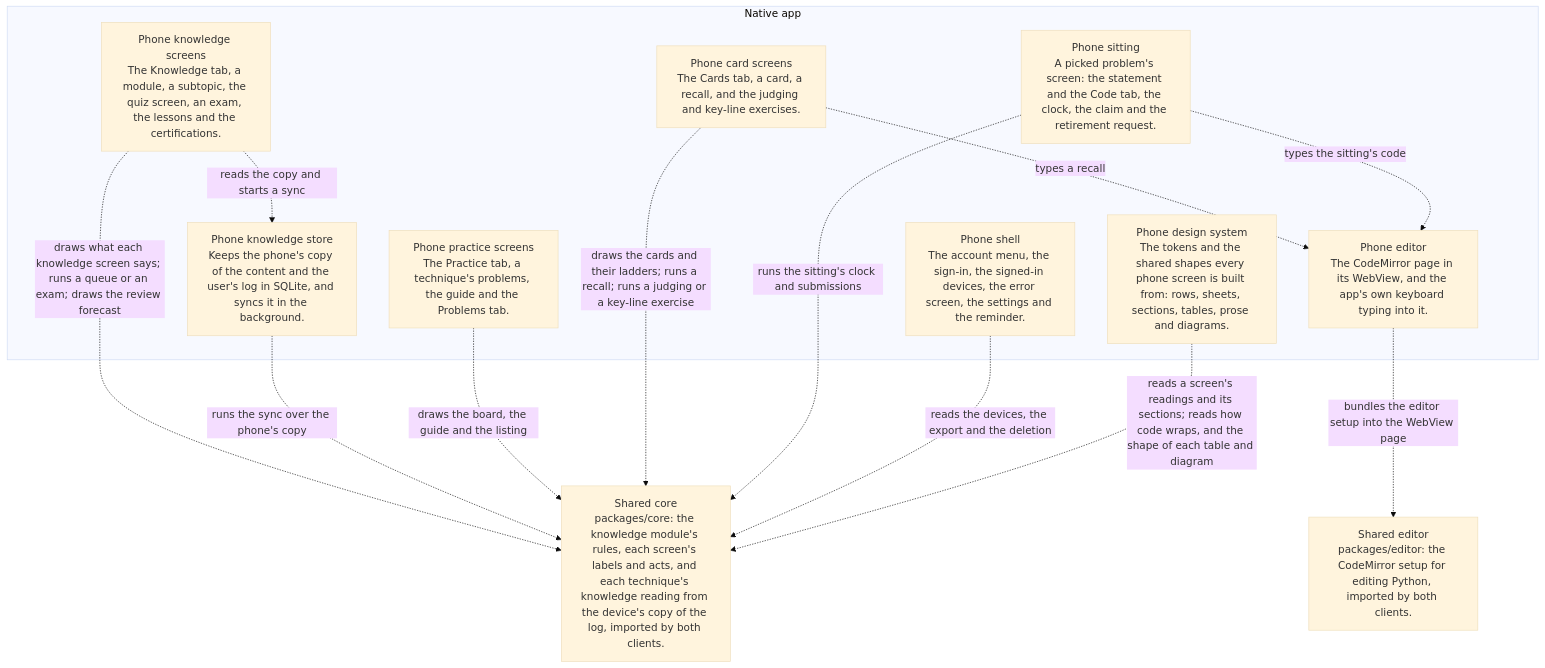
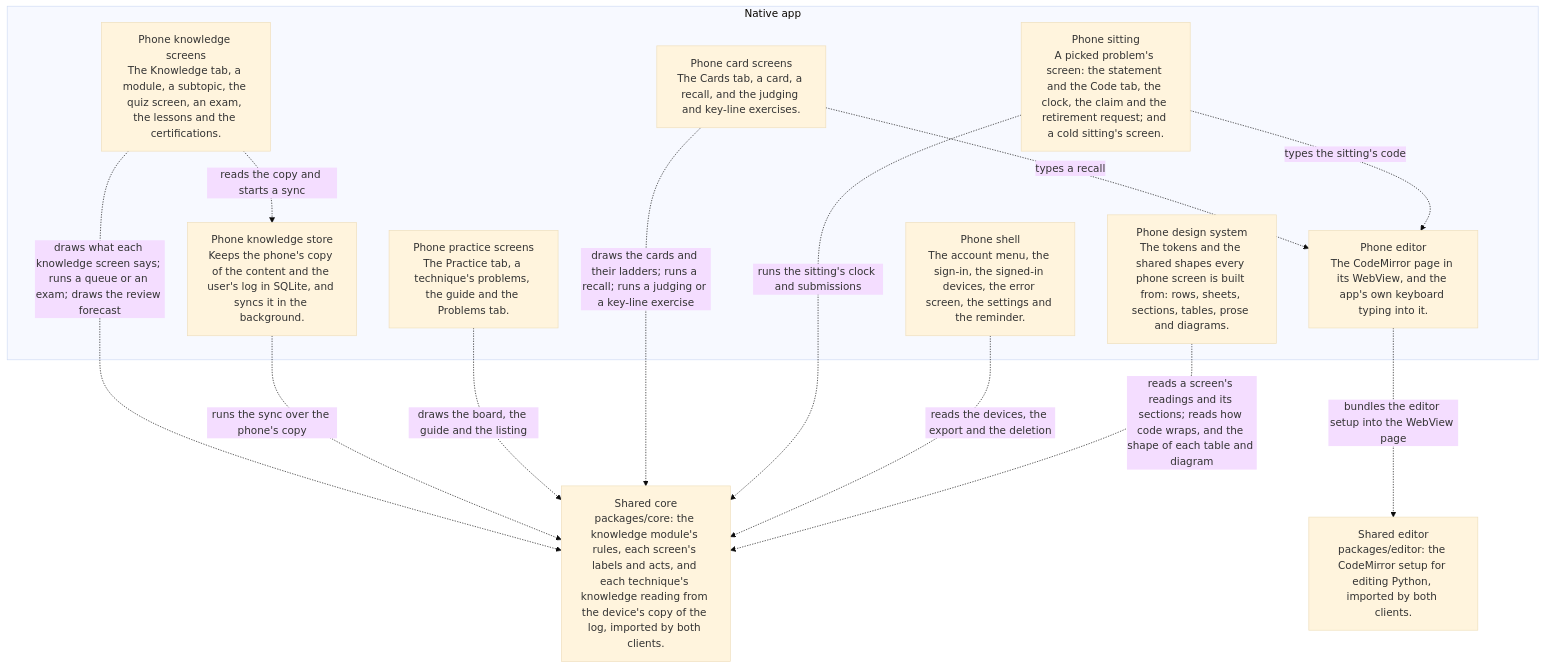
Before and after one commit to climbance/climbance: the fourth of 7 diagrams in docs/architecture/README.md, drawn with Mermaid (base theme). The commit also changed 7 other files, not shown here.

First line of the commit message:
feat(cold): serve a cold sitting on the phone

````diff
--- a/docs/architecture/README.md
+++ b/docs/architecture/README.md
@@ -118,26 +118,26 @@
 ```mermaid
 flowchart TB
     core_package["Shared core<br/>packages/core: the knowledge module's rules, each screen's labels and acts, and each technique's knowledge reading from the device's copy of the log, imported by both clients."]
     shared_editor["Shared editor<br/>packages/editor: the CodeMirror setup for editing Python, imported by both clients."]
     subgraph native_app["Native app"]
         native_shell["Phone shell<br/>The account menu, the sign-in, the signed-in devices, the error screen, the settings and the reminder."]
         native_design_system["Phone design system<br/>The tokens and the shared shapes every phone screen is built from: rows, sheets, sections, tables, prose and diagrams."]
         native_editor["Phone editor<br/>The CodeMirror page in its WebView, and the app's own keyboard typing into it."]
         native_practice["Phone practice screens<br/>The Practice tab, a technique's problems, the guide and the Problems tab."]
         native_cards["Phone card screens<br/>The Cards tab, a card, a recall, and the judging and key-line exercises."]
-        native_sitting["Phone sitting<br/>A picked problem's screen: the statement and the Code tab, the clock, the claim and the retirement request."]
+        native_sitting["Phone sitting<br/>A picked problem's screen: the statement and the Code tab, the clock, the claim and the retirement request; and a cold sitting's screen."]
         native_knowledge["Phone knowledge screens<br/>The Knowledge tab, a module, a subtopic, the quiz screen, an exam, the lessons and the certifications."]
         native_knowledge_store["Phone knowledge store<br/>Keeps the phone's copy of the content and the user's log in SQLite, and syncs it in the background."]
     end
     native_knowledge -.->|"draws what each knowledge screen says; runs a queue or an exam; draws the review forecast"| core_package
     native_knowledge -.->|"reads the copy and starts a sync"| native_knowledge_store
     native_knowledge_store -.->|"runs the sync over the phone's copy"| core_package
     native_practice -.->|"draws the board, the guide and the listing"| core_package
     native_cards -.->|"draws the cards and their ladders; runs a recall; runs a judging or a key-line exercise"| core_package
     native_cards -.->|"types a recall"| native_editor
     native_sitting -.->|"runs the sitting's clock and submissions"| core_package
     native_sitting -.->|"types the sitting's code"| native_editor
     native_editor -.->|"bundles the editor setup into the WebView page"| shared_editor
     native_shell -.->|"reads the devices, the export and the deletion"| core_package
     native_design_system -.->|"reads a screen's readings and its sections; reads how code wraps, and the shape of each table and diagram"| core_package
 ```
````
